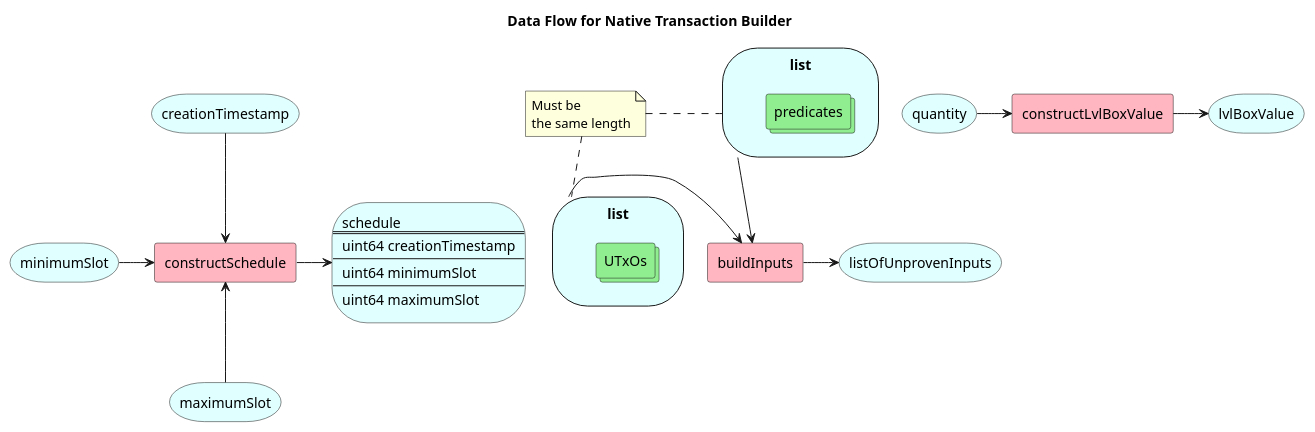
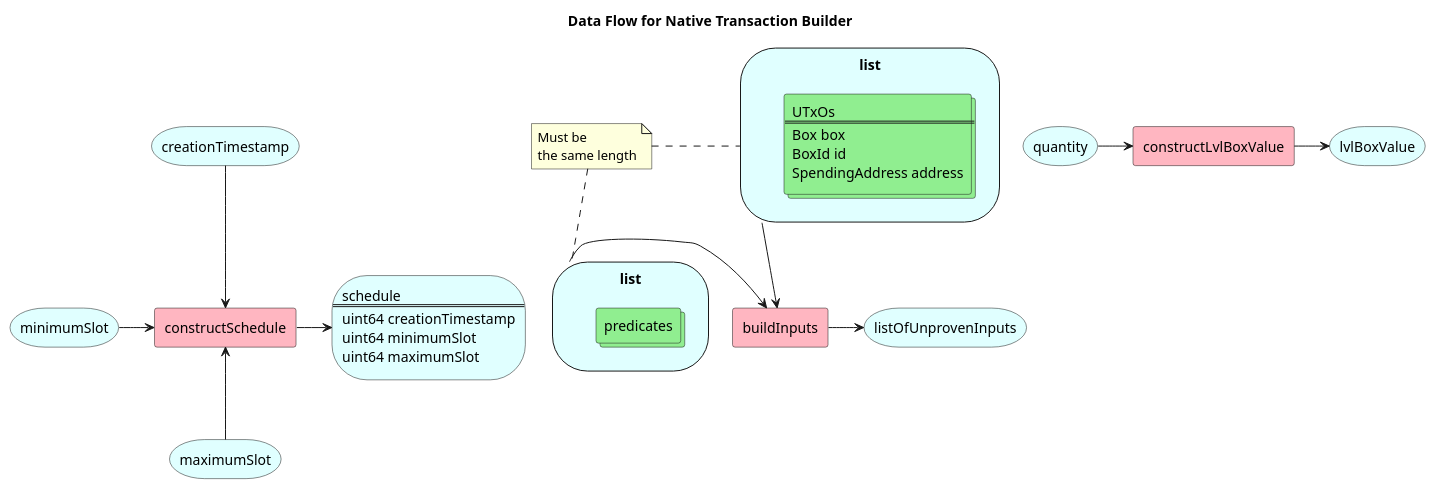
The diagram in docs/Modules/NativeTransactor/transaction_builder.puml (Topl/BramblSc-docs), drawn with PlantUML before and after one commit.

Commit message:
more details

```diff
--- a/docs/Modules/NativeTransactor/transaction_builder.puml
+++ b/docs/Modules/NativeTransactor/transaction_builder.puml
@@ -1,52 +1,56 @@
 @startuml
 title Data Flow for Native Transaction Builder
 skinparam rectangle {
   BackgroundColor LightPink
 }
 skinparam storage {
   BackgroundColor LightCyan
 }
 skinparam collections {
   BackgroundColor LightGreen
 }
 storage list as list_of_UTxOs {
-  collections UTxOs
+  collections UTxOs [
+    UTxOs
+    ==
+    Box box
+    BoxId id
+    SpendingAddress address
+  ]
 }
 storage list as list_of_predicates {
   collections predicates
 }
 rectangle buildInputs
 storage listOfUnprovenInputs
 storage creationTimestamp
 storage minimumSlot
 storage maximumSlot
 storage schedule [
 schedule
 ==
 uint64 creationTimestamp
---
 uint64 minimumSlot
---
 uint64 maximumSlot
 ]
 rectangle constructSchedule
 storage quantity
 rectangle constructLvlBoxValue
 storage lvlBoxValue
 
 creationTimestamp --> constructSchedule
 minimumSlot -> constructSchedule
 constructSchedule <-- maximumSlot
 constructSchedule -> schedule
 
-list_of_predicates --> buildInputs
-list_of_UTxOs -> buildInputs
+list_of_predicates -> buildInputs
+list_of_UTxOs --> buildInputs
 buildInputs -> listOfUnprovenInputs
 
 quantity -> constructLvlBoxValue
 constructLvlBoxValue -> lvlBoxValue
 
 note "Must be \nthe same length" as N1
-N1 . list_of_predicates
-N1 .. list_of_UTxOs
+N1 .. list_of_predicates
+N1 . list_of_UTxOs
 @enduml
```
